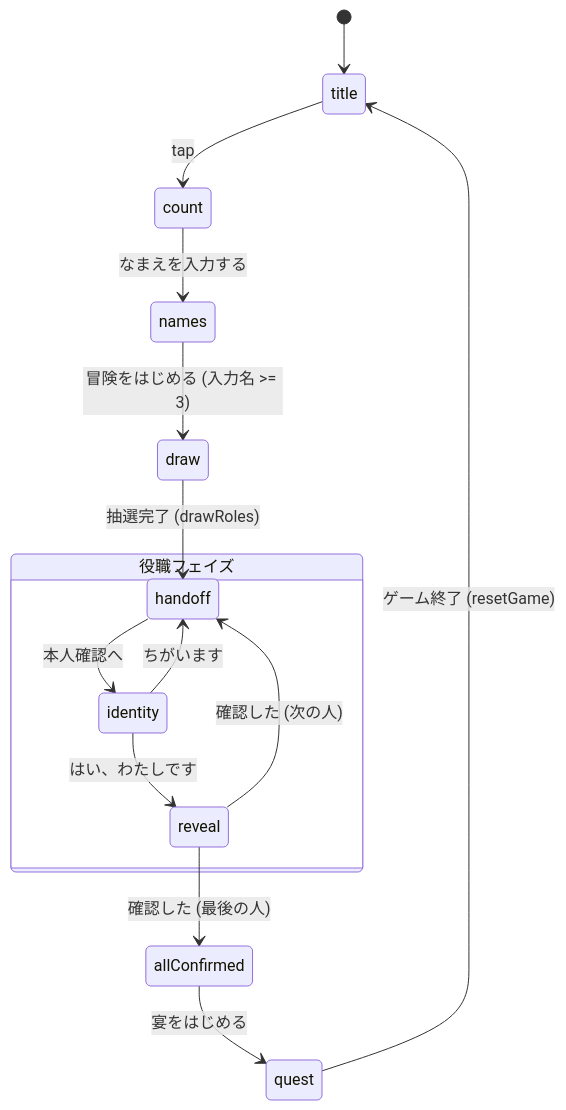
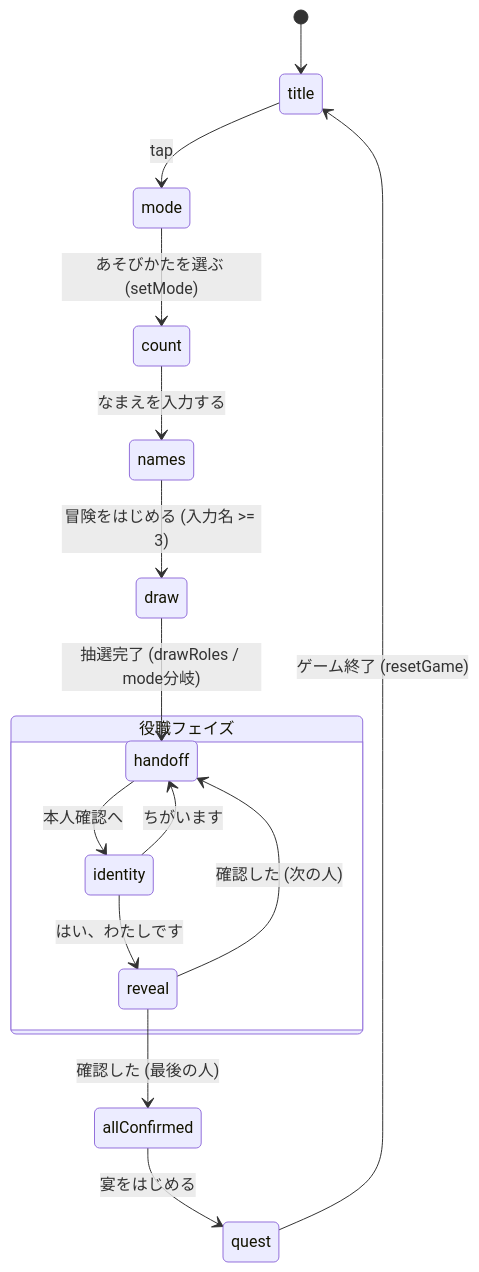
Before and after one commit to AJARA-llc/neko-ookami-quest: the second of 2 diagrams in docs/flows/architecture.md, drawn with Mermaid. The commit also changed other lines of this file and 8 other files, not shown here.

````diff
--- a/docs/flows/architecture.md
+++ b/docs/flows/architecture.md
@@ -27,18 +28,19 @@
 ```mermaid
 stateDiagram-v2
   [*] --> title
-  title --> count: tap
+  title --> mode: tap
+  mode --> count: あそびかたを選ぶ (setMode)
   count --> names: なまえを入力する
   names --> draw: 冒険をはじめる (入力名 >= 3)
-  draw --> handoff: 抽選完了 (drawRoles)
+  draw --> handoff: 抽選完了 (drawRoles / mode分岐)
 
   state "役職フェイズ" as RolePhase {
     handoff --> identity: 本人確認へ
     identity --> reveal: はい、わたしです
     identity --> handoff: ちがいます
     reveal --> handoff: 確認した (次の人)
   }
   reveal --> allConfirmed: 確認した (最後の人)
   allConfirmed --> quest: 宴をはじめる
   quest --> title: ゲーム終了 (resetGame)
 ```
````
